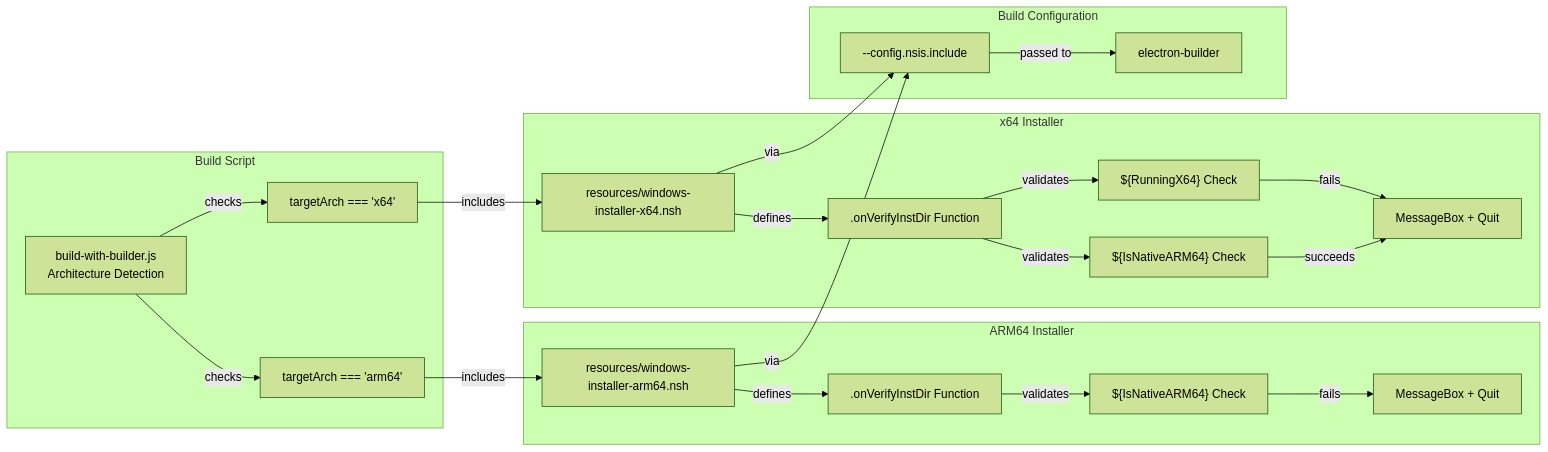
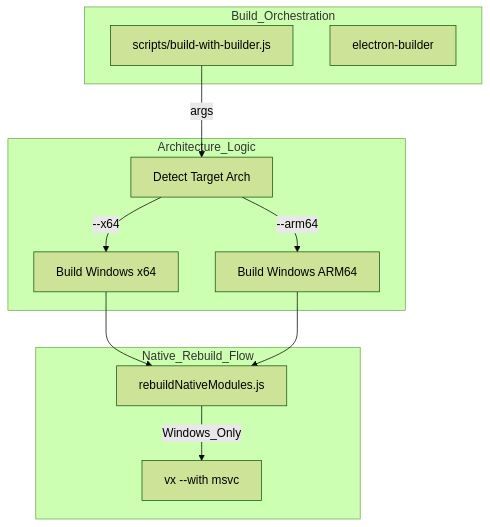
The second of 2 diagrams in docs/iOfficeAI_AionUi/build-and-deployment/code-signing-and-notarization.md (blackcater/zentree), drawn with Mermaid (forest theme) before and after one commit. The commit also changed other lines of this file and 232 other files, not shown here.

````diff
--- a/docs/iOfficeAI_AionUi/build-and-deployment/code-signing-and-notarization.md
+++ b/docs/iOfficeAI_AionUi/build-and-deployment/code-signing-and-notarization.md
@@ -233,47 +150,26 @@
 ```mermaid
-graph LR
-    subgraph "Build Script"
-        DETECT["build-with-builder.js<br/>Architecture Detection"]
-        ARM64CHECK["targetArch === 'arm64'"]
-        X64CHECK["targetArch === 'x64'"]
-
-        DETECT -->|checks| ARM64CHECK
-        DETECT -->|checks| X64CHECK
+graph TD
+    subgraph "Build_Orchestration"
+        BWB["scripts/build-with-builder.js"]
+        EB_BIN["electron-builder"]
     end
 
-    subgraph "ARM64 Installer"
-        ARM64NSH["resources/windows-installer-arm64.nsh"]
-        ARM64FUNC[".onVerifyInstDir Function"]
-        ARM64GUARD["${IsNativeARM64} Check"]
-        ARM64BLOCK["MessageBox + Quit"]
-
-        ARM64CHECK -->|includes| ARM64NSH
-        ARM64NSH -->|defines| ARM64FUNC
-        ARM64FUNC -->|validates| ARM64GUARD
-        ARM64GUARD -->|fails| ARM64BLOCK
+    subgraph "Architecture_Logic"
+        DETECT["Detect Target Arch"]
+        WIN_X64["Build Windows x64"]
+        WIN_ARM64["Build Windows ARM64"]
+        
+        BWB -->|args| DETECT
+        DETECT -->|--x64| WIN_X64
+        DETECT -->|--arm64| WIN_ARM64
     end
 
-    subgraph "x64 Installer"
-        X64NSH["resources/windows-installer-x64.nsh"]
-        X64FUNC[".onVerifyInstDir Function"]
-        X64RUN["${RunningX64} Check"]
-        X64ARM["${IsNativeARM64} Check"]
-        X64BLOCK["MessageBox + Quit"]
-
-        X64CHECK -->|includes| X64NSH
-        X64NSH -->|defines| X64FUNC
-        X64FUNC -->|validates| X64RUN
-        X64FUNC -->|validates| X64ARM
-        X64RUN -->|fails| X64BLOCK
-        X64ARM -->|succeeds| X64BLOCK
-    end
-
-    subgraph "Build Configuration"
-        NSISCONFIG["--config.nsis.include"]
-        EBUILD["electron-builder"]
-
-        ARM64NSH -->|via| NSISCONFIG
-        X64NSH -->|via| NSISCONFIG
-        NSISCONFIG -->|passed to| EBUILD
+    subgraph "Native_Rebuild_Flow"
+        RNM["rebuildNativeModules.js"]
+        MSVC["vx --with msvc"]
+        
+        WIN_X64 --> RNM
+        WIN_ARM64 --> RNM
+        RNM -->|Windows_Only| MSVC
     end
 ```
````
